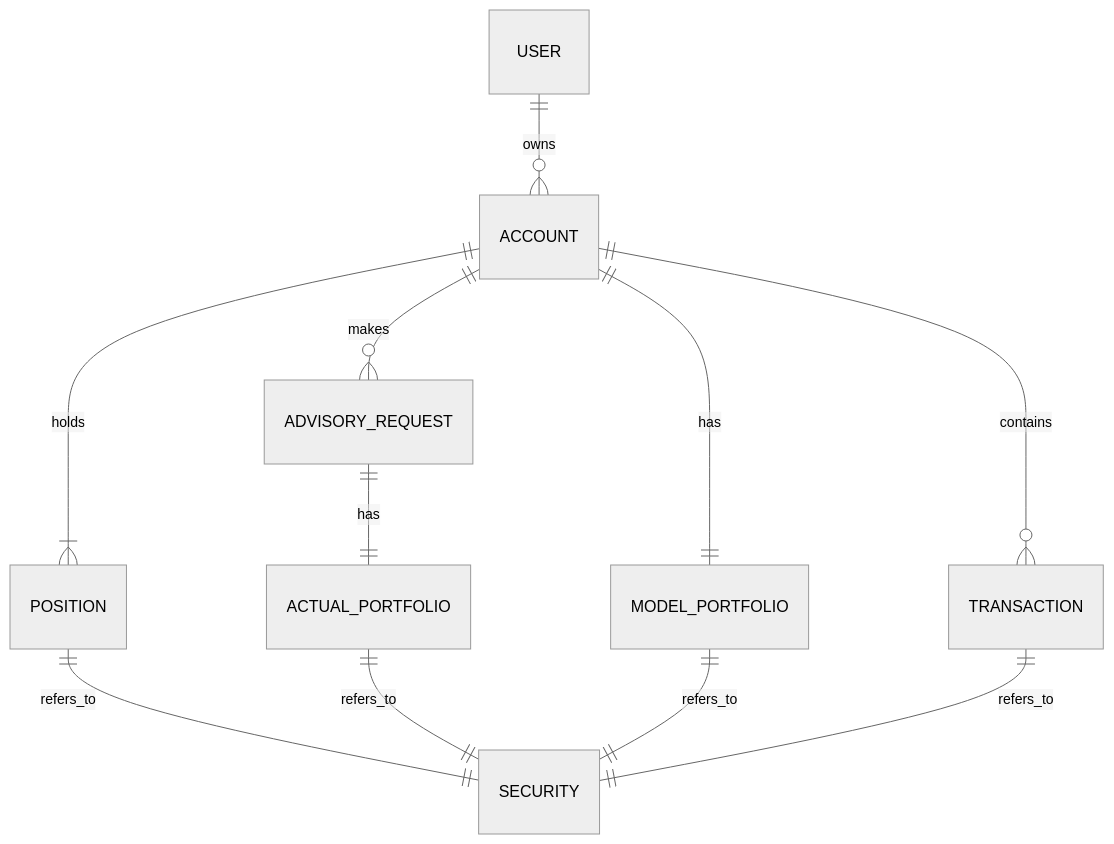
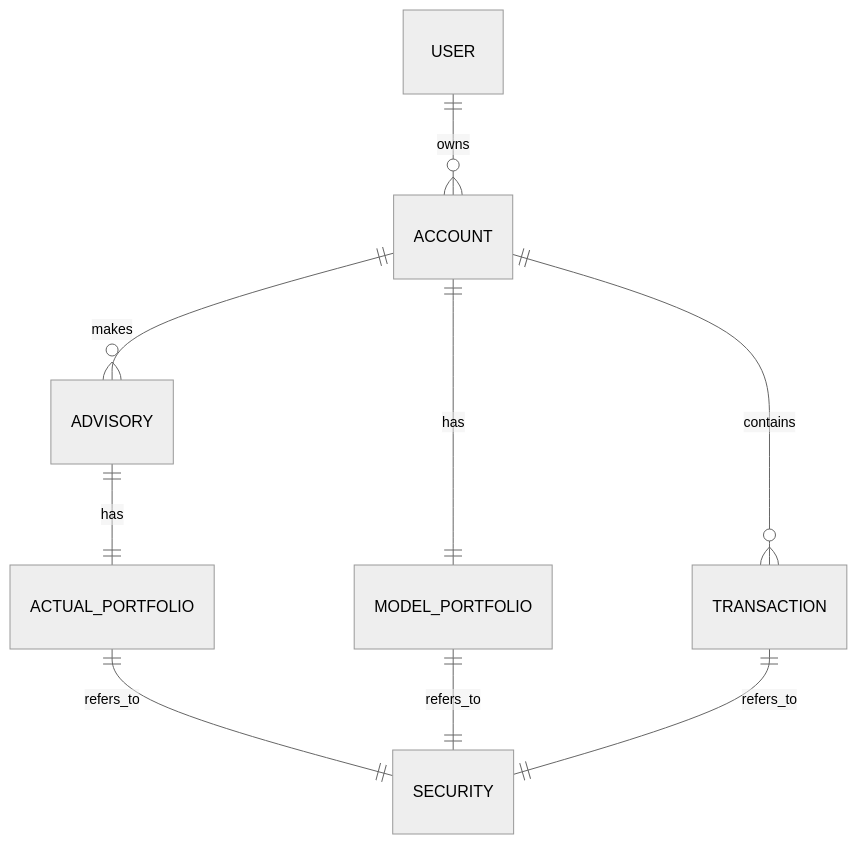
One commit to dalcon10028/aim_backend_coding_test changed the diagram in README.md. Above: the diagram before and after it, drawn with Mermaid (neutral theme). The commit also changed other lines of this file, not shown here.

````diff
--- a/README.md
+++ b/README.md
@@ -15,13 +15,11 @@
 ```mermaid
 erDiagram
     USER ||--o{ ACCOUNT: owns
     ACCOUNT ||--o{ TRANSACTION: contains
     ACCOUNT ||--|| MODEL_PORTFOLIO: has
-    ACCOUNT ||--|{ POSITION: holds
-    ACCOUNT ||--o{ ADVISORY_REQUEST: makes
-    ADVISORY_REQUEST ||--|| ACTUAL_PORTFOLIO: has
-    POSITION ||--|| SECURITY: refers_to
+    ACCOUNT ||--o{ ADVISORY: makes
+    ADVISORY ||--|| ACTUAL_PORTFOLIO: has
     ACTUAL_PORTFOLIO ||--|| SECURITY: refers_to
     MODEL_PORTFOLIO ||--|| SECURITY: refers_to
     TRANSACTION ||--|| SECURITY: refers_to
 ```
````
